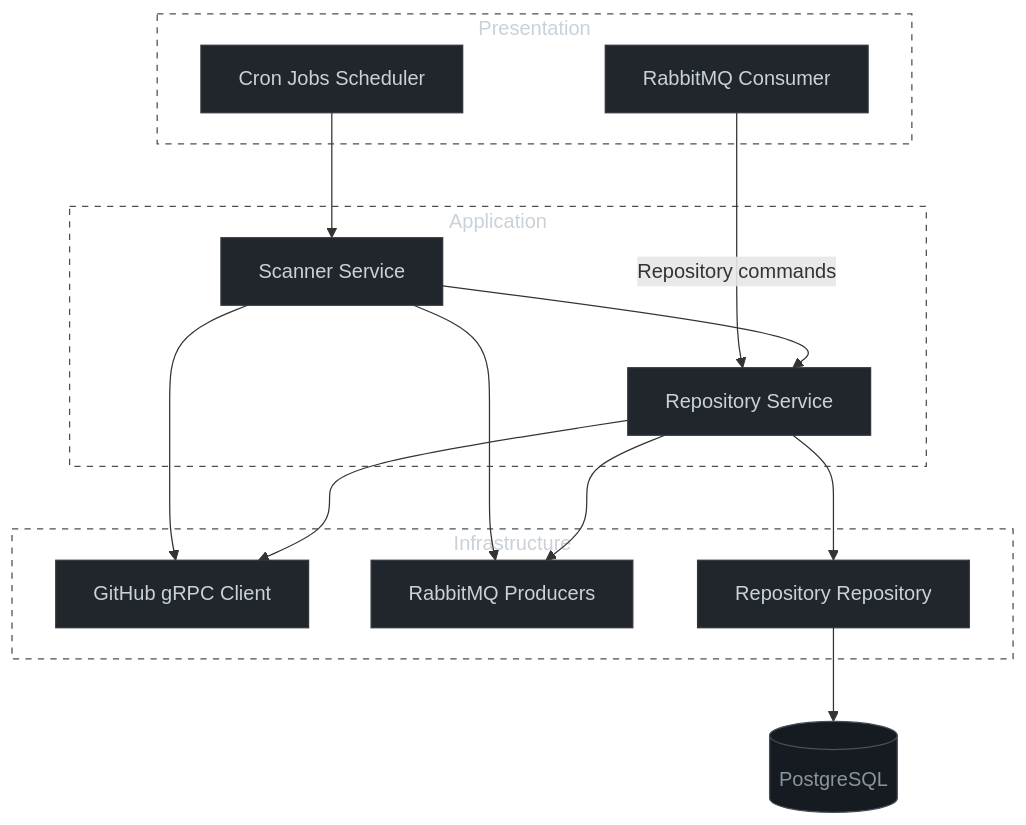
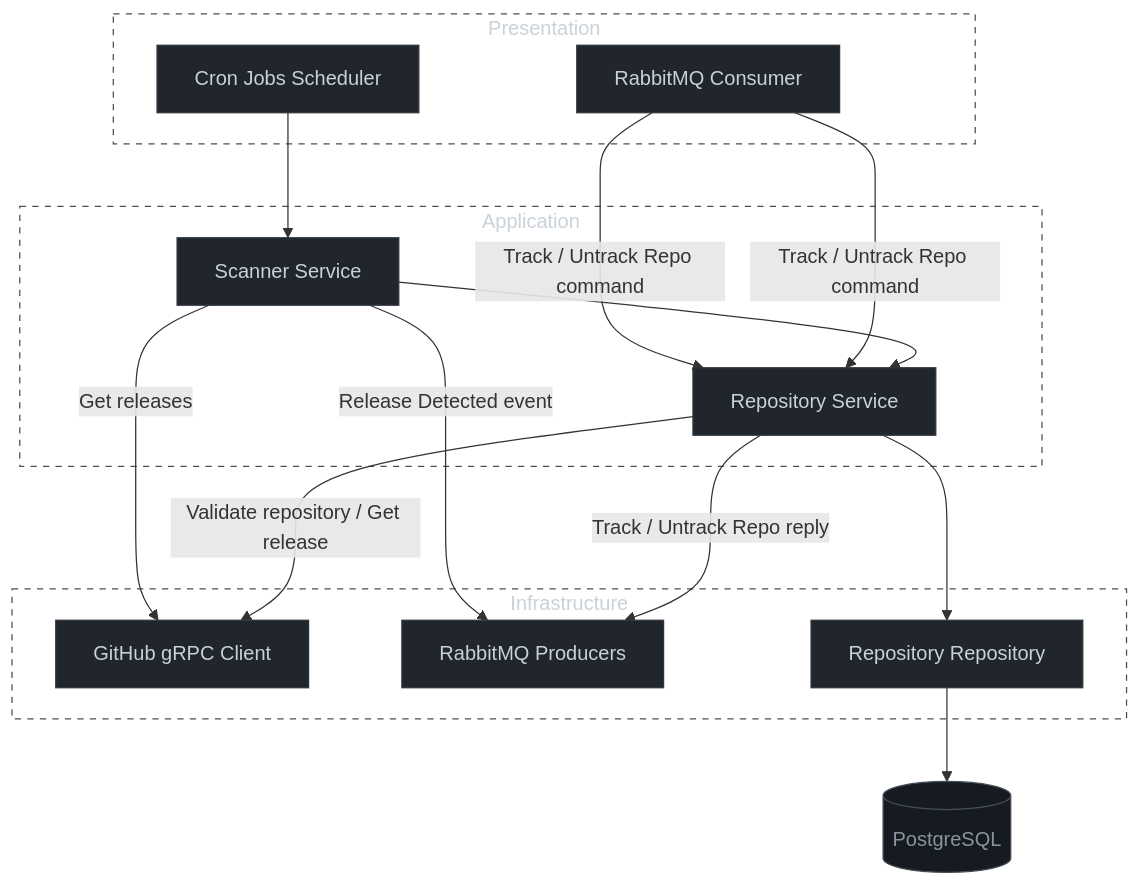
One commit to GenesisEducationKyiv/software-engineering-school-6-0-bdendro changed the third of 5 diagrams in docs/architecture.md. Above: the diagram before and after it, drawn with Mermaid. The commit also changed other lines of this file, not shown here.

Commit message:
docs: detail diagrams in architecture.md

````diff
--- a/docs/architecture.md
+++ b/docs/architecture.md
@@ -104,44 +111,44 @@
 ```mermaid
 graph TD
     subgraph Presentation["Presentation"]
         Cron[Cron Jobs Scheduler]
         Consumer[RabbitMQ Consumer]
     end
 
     subgraph Application["Application"]
         Scanner[Scanner Service]
         RepoService[Repository Service]
     end
 
     subgraph Infrastructure["Infrastructure"]
         GHClient[GitHub gRPC Client]
         Producers[RabbitMQ Producers]
         RepoRepo[Repository Repository]
     end
 
-        DB[(PostgreSQL)]
-
+    DB[(PostgreSQL)]
 
     Cron --> Scanner
-    Consumer -->|Repository commands| RepoService
+    Consumer -->|Track / Untrack Repo command| RepoService
+    Consumer -->|Track / Untrack Repo command| RepoService
 
-    Scanner --> GHClient
-    Scanner --> Producers
+    Scanner -->|Get releases| GHClient
+    Scanner -->|Release Detected event| Producers
     Scanner --> RepoService
 
     RepoService --> RepoRepo
-    RepoService --> Producers
-    RepoService --> GHClient
+    RepoService -->|Track / Untrack Repo reply| Producers
+    RepoService -->|Validate repository / Get release| GHClient
 
     RepoRepo --> DB
 
     classDef component fill:#21262d,stroke:#30363d,stroke-width:1px,color:#c9d1d9;
     classDef database fill:#161b22,stroke:#484f58,stroke-width:1px,color:#8b949e;
 
     class Cron,Consumer,Scanner,RepoService,GHClient,Producers,RepoRepo component;
     class DB database;
 
     style Presentation fill:transparent,stroke:#484f58,stroke-width:1px,color:#c9d1d9,stroke-dasharray: 5 5
     style Application fill:transparent,stroke:#484f58,stroke-width:1px,color:#c9d1d9,stroke-dasharray: 5 5
     style Infrastructure fill:transparent,stroke:#484f58,stroke-width:1px,color:#c9d1d9,stroke-dasharray: 5 5
 ```
````
